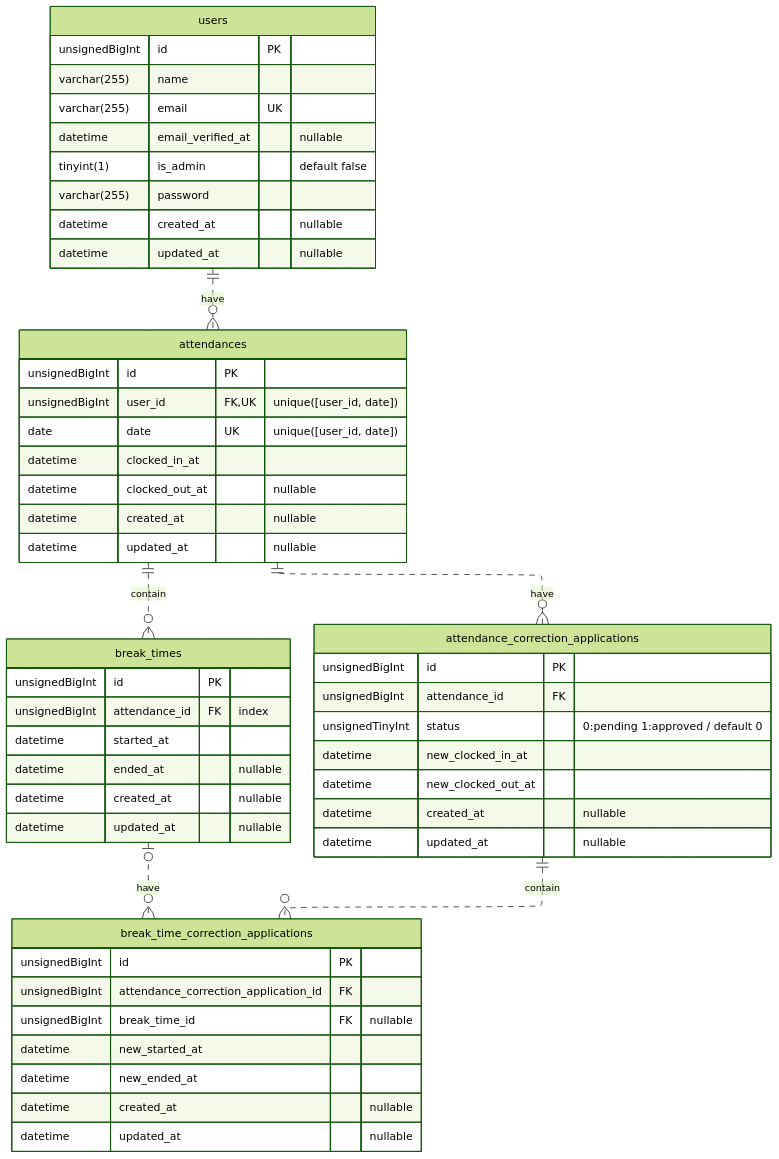
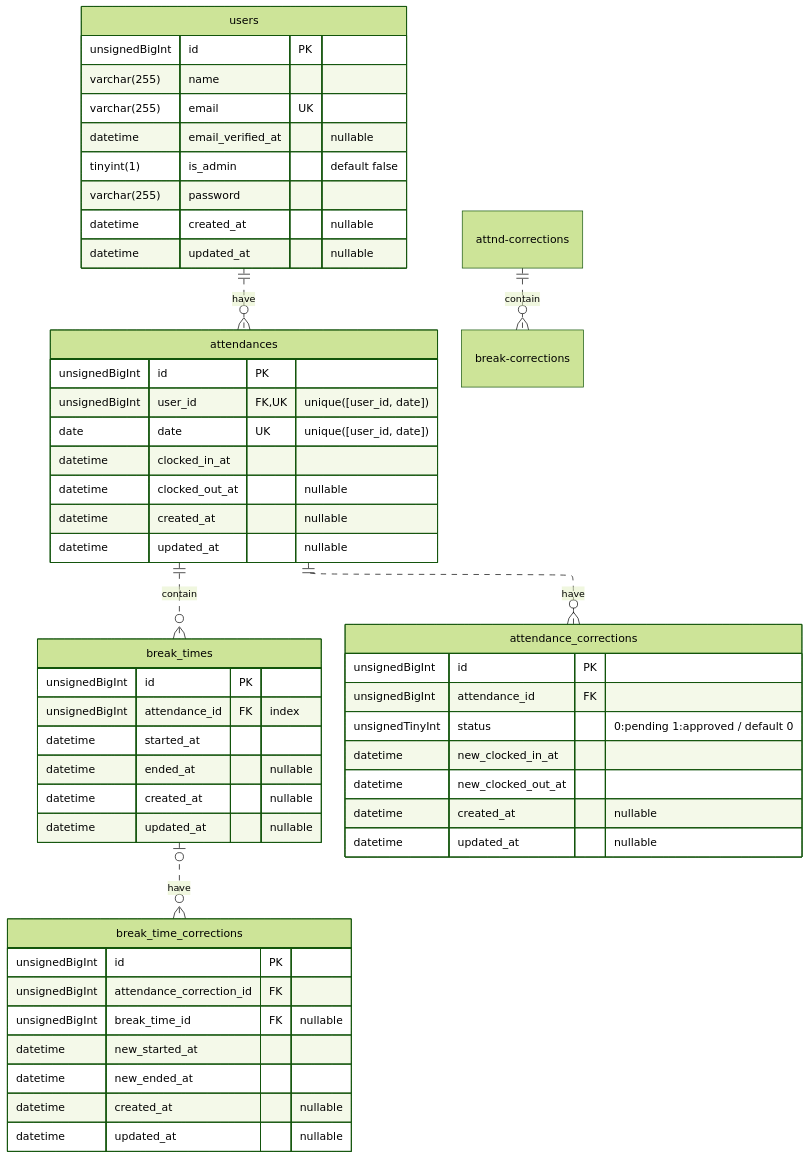
The diagram in README.md (sangwon-lee302/time-and-attendance), drawn with Mermaid (forest theme) before and after one commit. The commit also changed 25 other files, not shown here.

````diff
--- a/README.md
+++ b/README.md
@@ -17,62 +17,62 @@
 ```mermaid
 ---
 config:
     layout: elk
 ---
 erDiagram
     users ||..o{ attendances: "have"
     attendances ||..o{ break_times: "contain"
-    attendances ||..o{ attnd-corrections: "have"
+    attendances ||..o{ attnd-crr: "have"
     attnd-corrections ||..o{ break-corrections: "contain"
-    break_times |o..o{ break-corrections: "have"
+    break_times |o..o{ break-crr: "have"
 
     users {
         unsignedBigInt id PK
         varchar(255) name
         varchar(255) email UK
         datetime email_verified_at "nullable"
         tinyint(1) is_admin "default false"
         varchar(255) password
         datetime created_at "nullable"
         datetime updated_at "nullable"
     }
 
     attendances {
         unsignedBigInt id PK
         unsignedBigInt user_id FK, UK "unique([user_id, date])"
         date date UK "unique([user_id, date])"
         datetime clocked_in_at
         datetime clocked_out_at "nullable"
         datetime created_at "nullable"
         datetime updated_at "nullable"
     }
 
     break_times {
         unsignedBigInt id PK
         unsignedBigInt attendance_id FK "index"
         datetime started_at
         datetime ended_at "nullable"
         datetime created_at "nullable"
         datetime updated_at "nullable"
     }
 
-    attnd-corrections["attendance_correction_applications"] {
+    attnd-crr["attendance_corrections"] {
         unsignedBigInt id PK
         unsignedBigInt attendance_id FK
         unsignedTinyInt status "0:pending 1:approved / default 0"
         datetime new_clocked_in_at
         datetime new_clocked_out_at
         datetime created_at "nullable"
         datetime updated_at "nullable"
     }
 
-    break-corrections["break_time_correction_applications"] {
+    break-crr["break_time_corrections"] {
         unsignedBigInt id PK
-        unsignedBigInt attendance_correction_application_id FK
+        unsignedBigInt attendance_correction_id FK
         unsignedBigInt break_time_id FK "nullable"
         datetime new_started_at
         datetime new_ended_at
         datetime created_at "nullable"
         datetime updated_at "nullable"
     }
 ```
````
